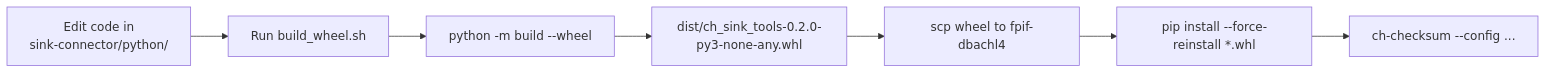
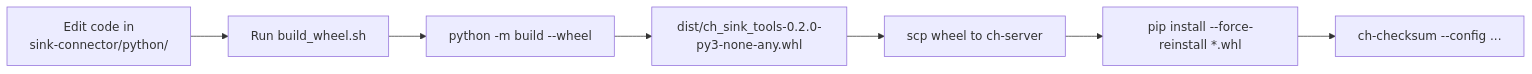
Before and after one commit to Altinity/clickhouse-sink-connector: the first of 2 diagrams in plans/postgres/20-python-packaging-design.md, drawn with Mermaid. The commit also changed other lines of this file and 16 other files, not shown here.

````diff
--- a/plans/postgres/20-python-packaging-design.md
+++ b/plans/postgres/20-python-packaging-design.md
@@ -357,9 +357,9 @@
 ```mermaid
 flowchart LR
     A[Edit code in\nsink-connector/python/] --> B[Run build_wheel.sh]
     B --> C[python -m build --wheel]
     C --> D[dist/ch_sink_tools-0.2.0-py3-none-any.whl]
-    D --> E[scp wheel to fpif-dbachl4]
+    D --> E[scp wheel to ch-server]
     E --> F[pip install --force-reinstall *.whl]
     F --> G[ch-checksum --config ...]
 ```
````
